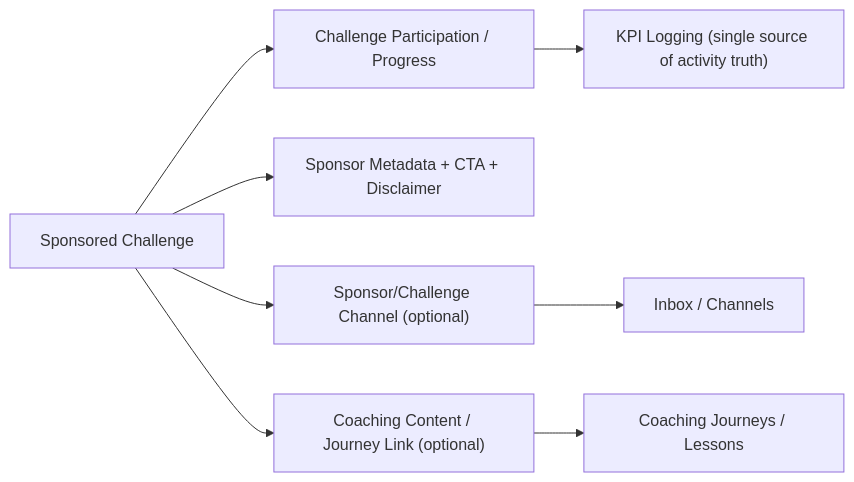
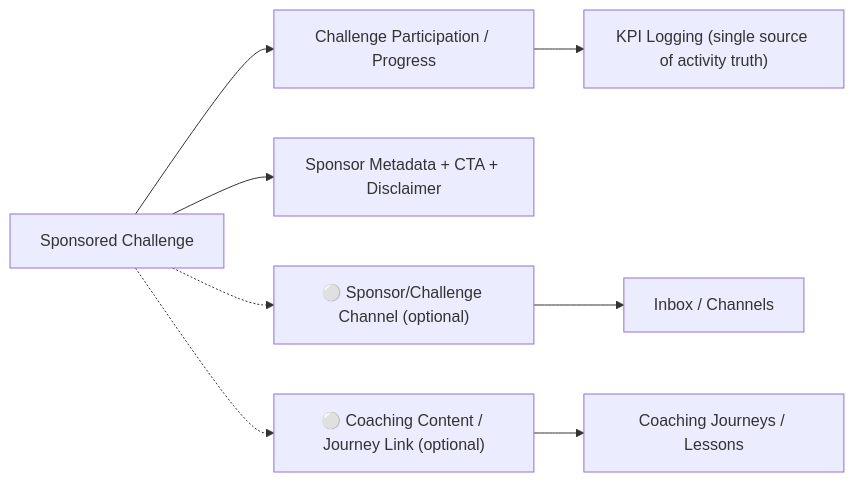
Before and after one commit to jonhazeltine/compass-kpi: the ninth of 9 diagrams in docs/spec/appendix/INTENDED_WIRING_DIAGRAM.md, drawn with Mermaid. The commit also changed other lines of this file and 4 other files, not shown here.

````diff
--- a/docs/spec/appendix/INTENDED_WIRING_DIAGRAM.md
+++ b/docs/spec/appendix/INTENDED_WIRING_DIAGRAM.md
@@ -292,11 +307,11 @@
 ```mermaid
 flowchart LR
   SCH["Sponsored Challenge"] --> SCP["Challenge Participation / Progress"]
   SCH --> SCM["Sponsor Metadata + CTA + Disclaimer"]
-  SCH --> SCC["Sponsor/Challenge Channel (optional)"]
-  SCH --> SCL["Coaching Content / Journey Link (optional)"]
+  SCH -.-> SCC["⚪ Sponsor/Challenge Channel (optional)"]
+  SCH -.-> SCL["⚪ Coaching Content / Journey Link (optional)"]
 
   SCP --> KPI["KPI Logging (single source of activity truth)"]
   SCL --> CJ["Coaching Journeys / Lessons"]
   SCC --> INB["Inbox / Channels"]
 ```
````
